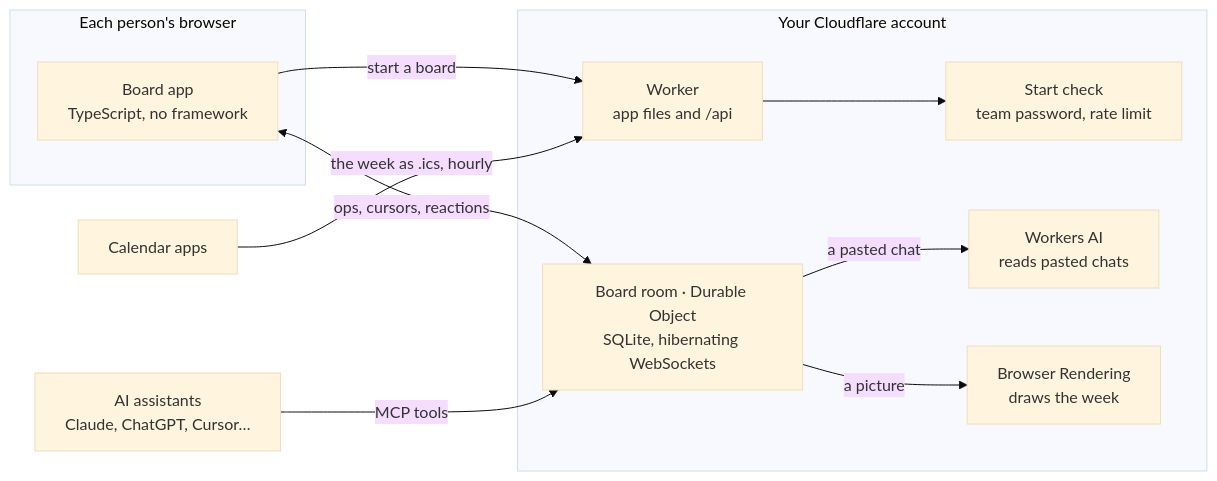
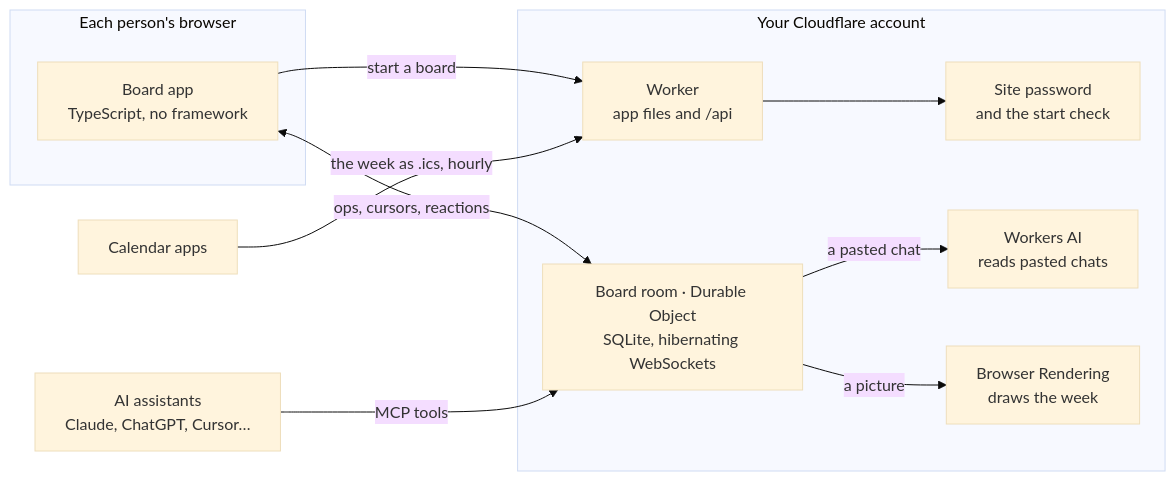
The diagram in README.md (s045pd/longtable), drawn with Mermaid (base theme) before and after one commit. The commit also changed other lines of this file and 18 other files, not shown here.

````diff
--- a/README.md
+++ b/README.md
@@ -301,22 +340,22 @@
 ```mermaid
 flowchart LR
   subgraph browser [Each person's browser]
     app["Board app<br/>TypeScript, no framework"]
   end
   subgraph cf [Your Cloudflare account]
     worker["Worker<br/>app files and /api"]
-    gate["Start check<br/>team password, rate limit"]
+    gate["Site password<br/>and the start check"]
     room["Board room · Durable Object<br/>SQLite, hibernating WebSockets"]
     ai["Workers AI<br/>reads pasted chats"]
     br["Browser Rendering<br/>draws the week"]
   end
   cal["Calendar apps"]
   mcp["AI assistants<br/>Claude, ChatGPT, Cursor…"]
   app -- "start a board" --> worker
   worker --> gate
   app <-- "ops, cursors, reactions" --> room
   room -- "a pasted chat" --> ai
   cal -- "the week as .ics, hourly" --> worker
   mcp -- "MCP tools" --> room
   room -- "a picture" --> br
 ```
````
